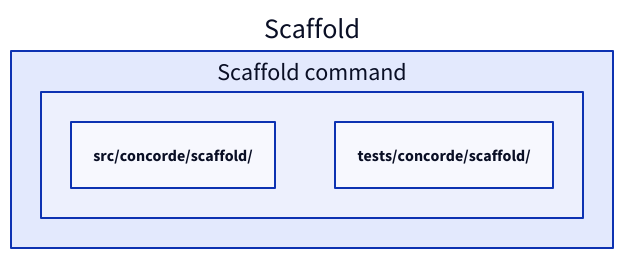
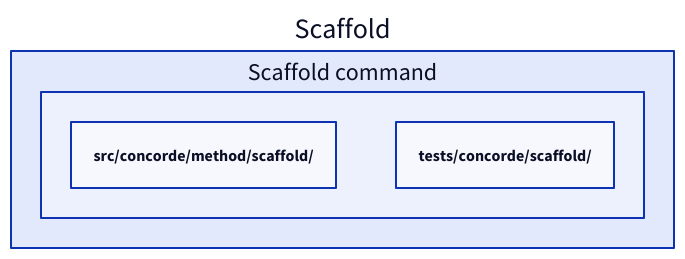
The third of 3 diagrams in specs/concorde/method/scaffold/module.md (FTOD/concorde), drawn with D2 before and after one commit. The commit also changed other lines of this file and 224 other files, not shown here.

````diff
--- a/specs/concorde/method/scaffold/module.md
+++ b/specs/concorde/method/scaffold/module.md
@@ -157,8 +157,8 @@
 ```d2
 scaffold: Scaffold {
   command: Scaffold command {
-    "src/concorde/scaffold/"
+    "src/concorde/method/scaffold/"
     "tests/concorde/scaffold/"
   }
 }
 ```
````
